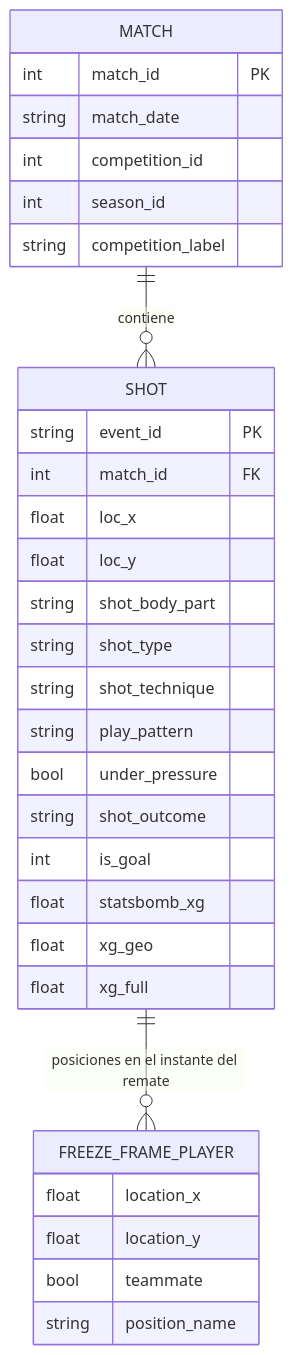
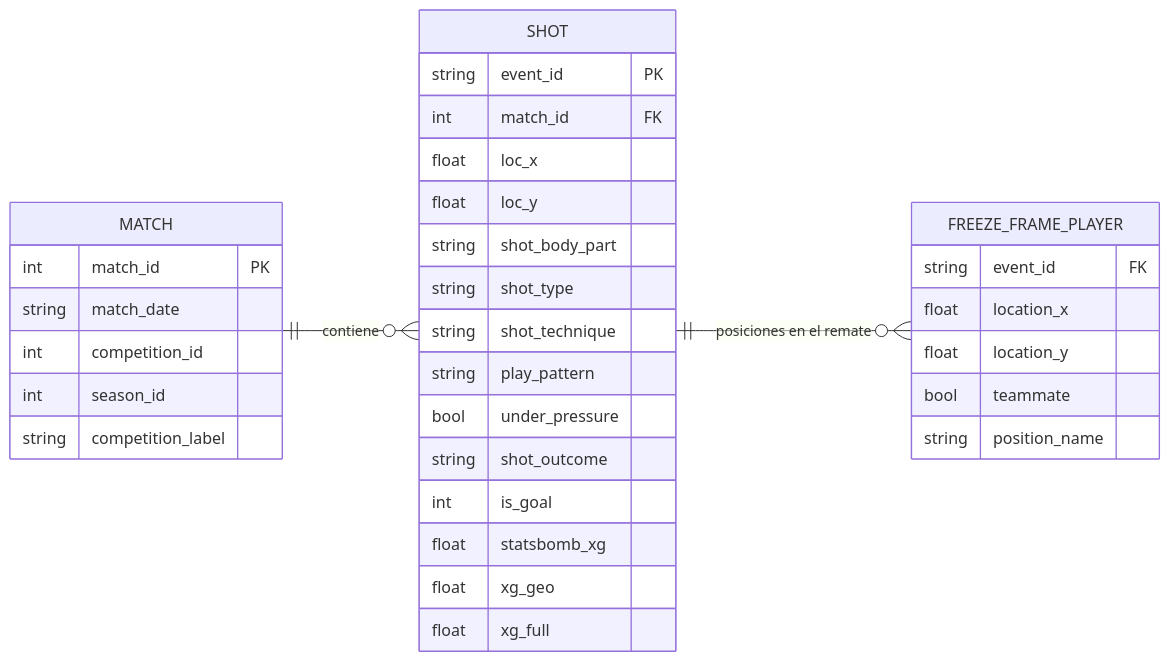
Before and after one commit to miguel-acha/MultiScore: the diagram in docs/diagrams/shot_data_model.mmd, drawn with Mermaid. The commit also changed 9 other files, not shown here.

First line of the commit message:
Update architecture diagrams for the report's Arquitectura y Diseño section

```diff
--- a/docs/diagrams/shot_data_model.mmd
+++ b/docs/diagrams/shot_data_model.mmd
@@ -1,36 +1,39 @@
-%% Modelo de datos: disparo y freeze frame
+%% Figura 3. Modelo de datos del disparo y la freeze frame
 erDiagram
+    direction LR
+
     MATCH ||--o{ SHOT : contiene
-    SHOT ||--o{ FREEZE_FRAME_PLAYER : "posiciones en el instante del remate"
+    SHOT ||--o{ FREEZE_FRAME_PLAYER : "posiciones en el remate"
 
     MATCH {
         int match_id PK
         string match_date
         int competition_id
         int season_id
         string competition_label
     }
 
     SHOT {
         string event_id PK
         int match_id FK
         float loc_x
         float loc_y
         string shot_body_part
         string shot_type
         string shot_technique
         string play_pattern
         bool under_pressure
         string shot_outcome
         int is_goal
         float statsbomb_xg
         float xg_geo
         float xg_full
     }
 
     FREEZE_FRAME_PLAYER {
+        string event_id FK
         float location_x
         float location_y
         bool teammate
         string position_name
     }
```
